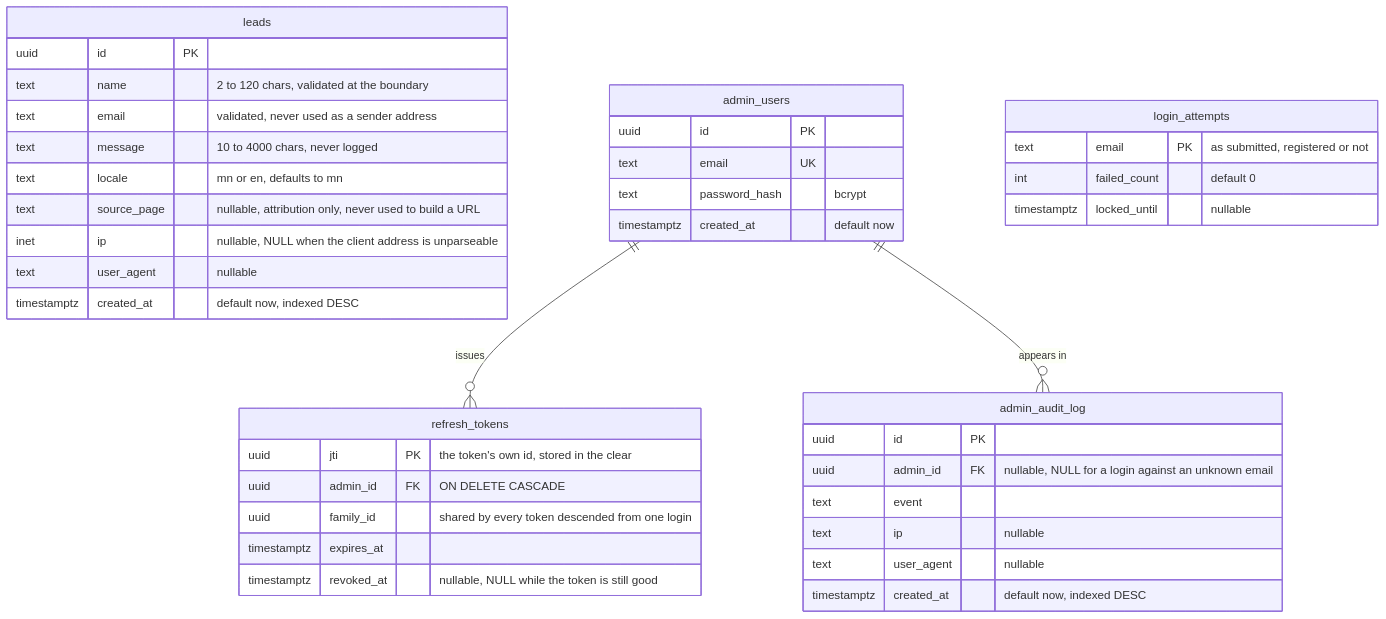
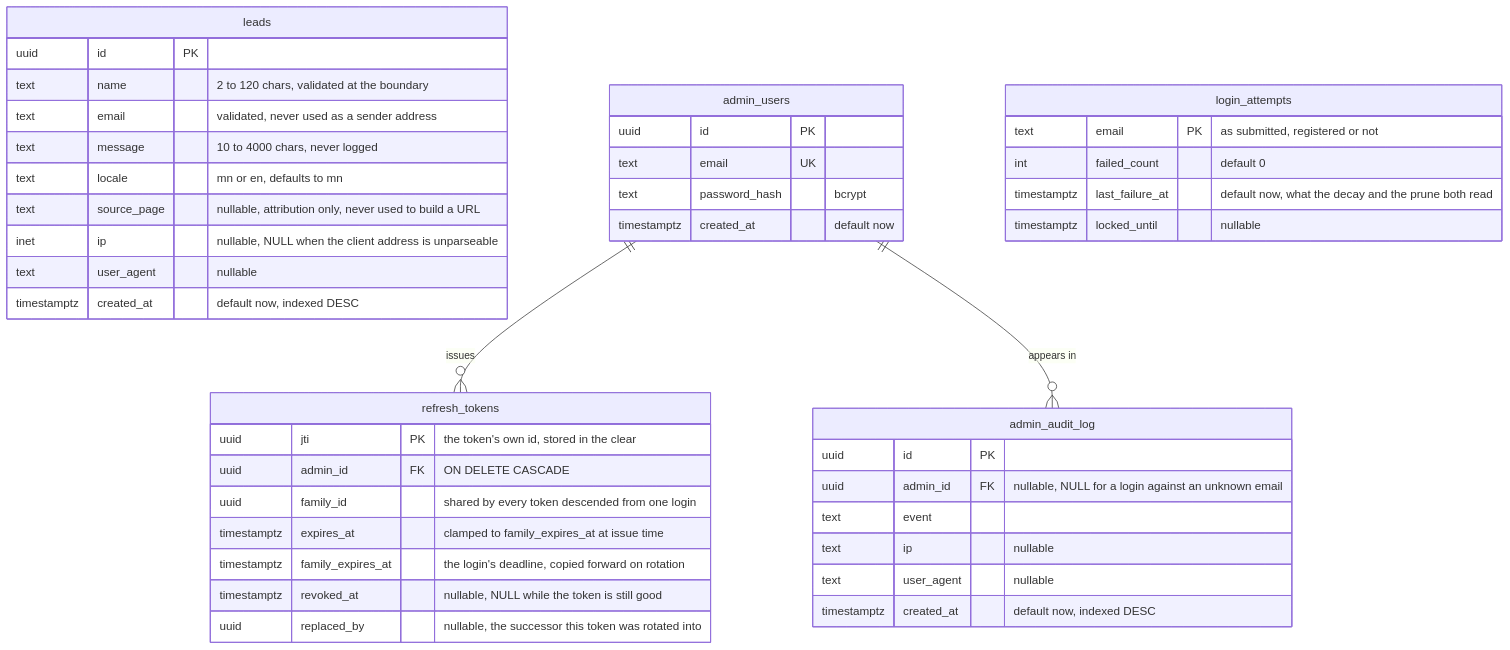
The tenth of 13 diagrams in ARCHITECTURE.md (tanasoft1/landing_kit), drawn with Mermaid before and after one commit. The commit also changed other lines of this file and 2 other files, not shown here.

````diff
--- a/ARCHITECTURE.md
+++ b/ARCHITECTURE.md
@@ -510,42 +551,45 @@
 ```mermaid
 erDiagram
     leads {
         uuid id PK
         text name "2 to 120 chars, validated at the boundary"
         text email "validated, never used as a sender address"
         text message "10 to 4000 chars, never logged"
         text locale "mn or en, defaults to mn"
         text source_page "nullable, attribution only, never used to build a URL"
         inet ip "nullable, NULL when the client address is unparseable"
         text user_agent "nullable"
         timestamptz created_at "default now, indexed DESC"
     }
     admin_users {
         uuid id PK
         text email UK
         text password_hash "bcrypt"
         timestamptz created_at "default now"
     }
     refresh_tokens {
         uuid jti PK "the token's own id, stored in the clear"
         uuid admin_id FK "ON DELETE CASCADE"
         uuid family_id "shared by every token descended from one login"
-        timestamptz expires_at
+        timestamptz expires_at "clamped to family_expires_at at issue time"
+        timestamptz family_expires_at "the login's deadline, copied forward on rotation"
         timestamptz revoked_at "nullable, NULL while the token is still good"
+        uuid replaced_by "nullable, the successor this token was rotated into"
     }
     login_attempts {
         text email PK "as submitted, registered or not"
         int failed_count "default 0"
+        timestamptz last_failure_at "default now, what the decay and the prune both read"
         timestamptz locked_until "nullable"
     }
     admin_audit_log {
         uuid id PK
         uuid admin_id FK "nullable, NULL for a login against an unknown email"
         text event
         text ip "nullable"
         text user_agent "nullable"
         timestamptz created_at "default now, indexed DESC"
     }
     admin_users ||--o{ refresh_tokens : issues
     admin_users ||--o{ admin_audit_log : "appears in"
 ```
````
